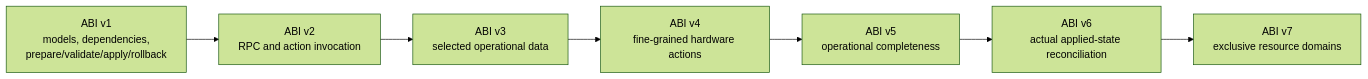
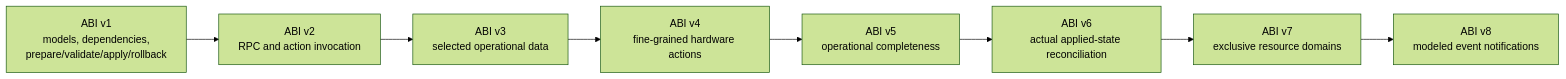
Before and after one commit to dcornejo/dang: the second of 4 diagrams in docs/DANGD_PLUGINS.md, drawn with Mermaid (forest theme). The commit also changed other lines of this file and 18 other files, not shown here.

First line of the commit message:
feat(plugins): add schema-safe ABI v8 notifications

````diff
--- a/docs/DANGD_PLUGINS.md
+++ b/docs/DANGD_PLUGINS.md
@@ -109,11 +109,12 @@
 ```mermaid
 flowchart LR
   v1[ABI v1<br/>models, dependencies,<br/>prepare/validate/apply/rollback]
   v2[ABI v2<br/>RPC and action invocation]
   v3[ABI v3<br/>selected operational data]
   v4[ABI v4<br/>fine-grained hardware actions]
   v5[ABI v5<br/>operational completeness]
   v6[ABI v6<br/>actual applied-state reconciliation]
   v7[ABI v7<br/>exclusive resource domains]
-  v1 --> v2 --> v3 --> v4 --> v5 --> v6 --> v7
+  v8[ABI v8<br/>modeled event notifications]
+  v1 --> v2 --> v3 --> v4 --> v5 --> v6 --> v7 --> v8
 ```
````
